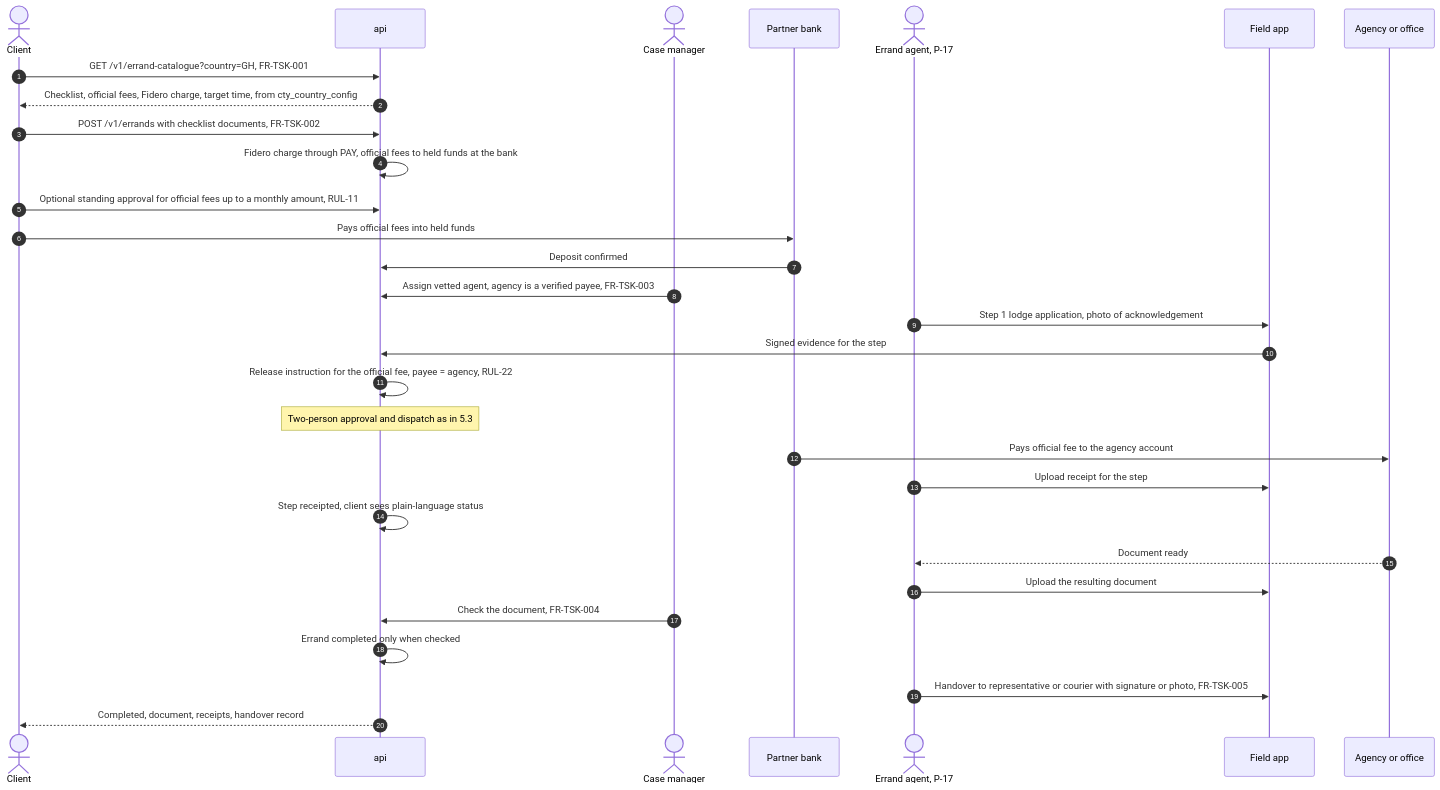
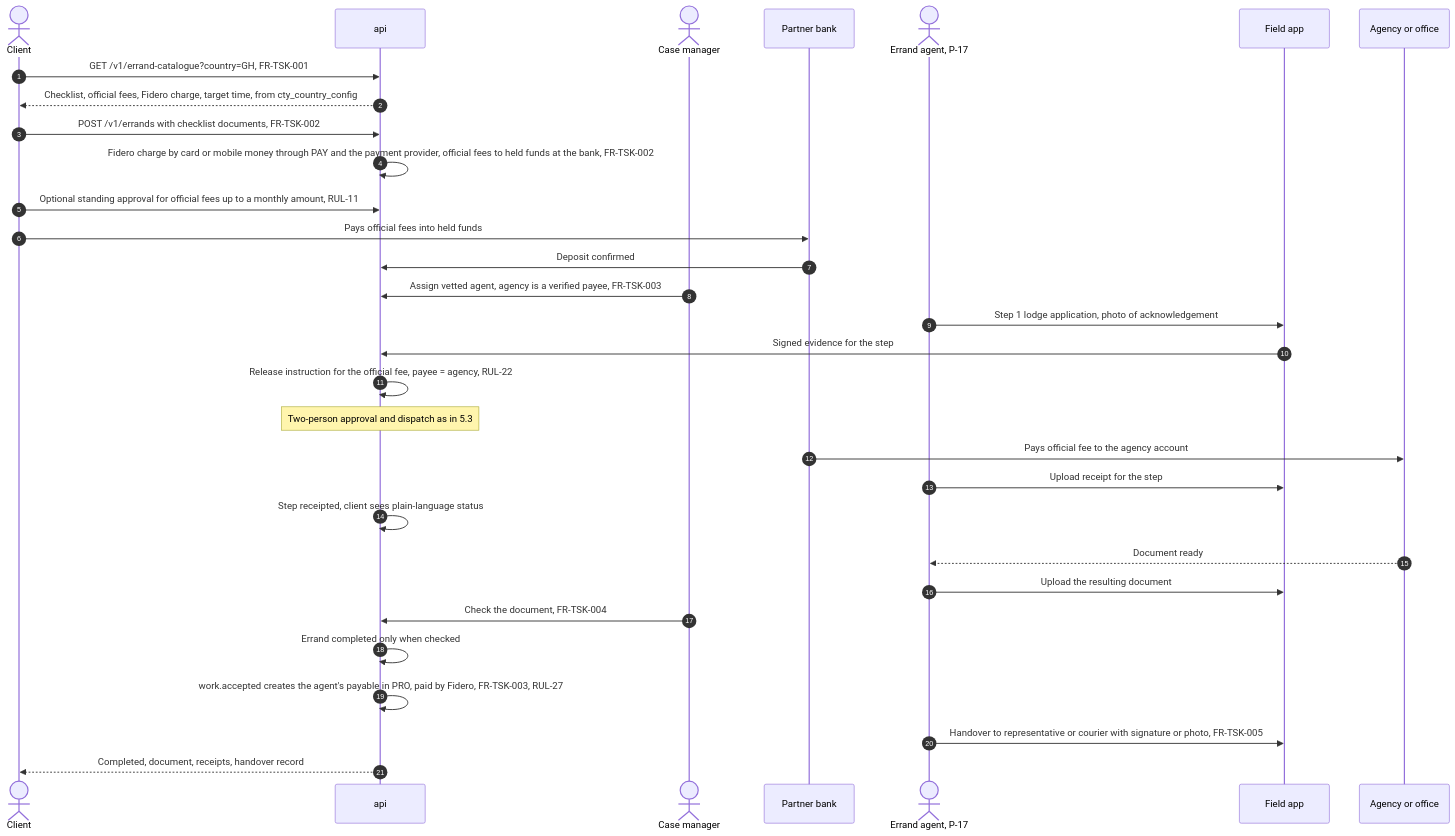
Diagram 13 of 16 in docs/specs/02-architecture-and-technical-design.md (1SteveMens/Fidero), drawn with Mermaid before and after one commit. The commit also changed other lines of this file and 6 other files, not shown here.

````diff
--- a/docs/specs/02-architecture-and-technical-design.md
+++ b/docs/specs/02-architecture-and-technical-design.md
@@ -930,32 +952,33 @@
 ```mermaid
 sequenceDiagram
     autonumber
     actor Cl as Client
     participant A as api
     actor CM as Case manager
     participant B as Partner bank
     actor Ag as Errand agent, P-17
     participant App as Field app
     participant Gov as Agency or office
     Cl->>A: GET /v1/errand-catalogue?country=GH, FR-TSK-001
     A-->>Cl: Checklist, official fees, Fidero charge, target time, from cty_country_config
     Cl->>A: POST /v1/errands with checklist documents, FR-TSK-002
-    A->>A: Fidero charge through PAY, official fees to held funds at the bank
+    A->>A: Fidero charge by card or mobile money through PAY and the payment provider, official fees to held funds at the bank, FR-TSK-002
     Cl->>A: Optional standing approval for official fees up to a monthly amount, RUL-11
     Cl->>B: Pays official fees into held funds
     B->>A: Deposit confirmed
     CM->>A: Assign vetted agent, agency is a verified payee, FR-TSK-003
     Ag->>App: Step 1 lodge application, photo of acknowledgement
     App->>A: Signed evidence for the step
     A->>A: Release instruction for the official fee, payee = agency, RUL-22
     Note over A: Two-person approval and dispatch as in 5.3
     B->>Gov: Pays official fee to the agency account
     Ag->>App: Upload receipt for the step
     A->>A: Step receipted, client sees plain-language status
     Gov-->>Ag: Document ready
     Ag->>App: Upload the resulting document
     CM->>A: Check the document, FR-TSK-004
     A->>A: Errand completed only when checked
+    A->>A: work.accepted creates the agent's payable in PRO, paid by Fidero, FR-TSK-003, RUL-27
     Ag->>App: Handover to representative or courier with signature or photo, FR-TSK-005
     A-->>Cl: Completed, document, receipts, handover record
 ```
````
